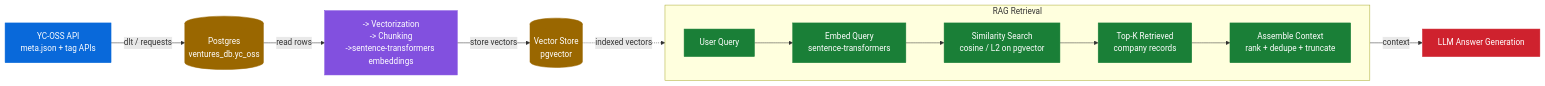
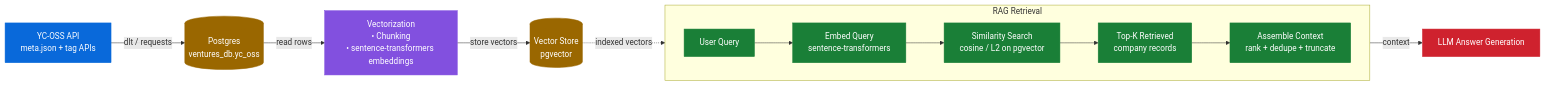
One commit to dakn2005/YC-Ventures-AI changed the diagram in Readme.md. Above: the diagram before and after it, drawn with Mermaid.

Commit message:
updating retrieval flow image

````diff
--- a/Readme.md
+++ b/Readme.md
@@ -50,30 +50,30 @@
 ```mermaid
 flowchart LR
     A["YC-OSS API<br/>meta.json + tag APIs"] -->|dlt / requests| B[("Postgres<br/>ventures_db.yc_oss")]
-    B -->|read rows| C["-> Vectorization<br/>-> Chunking<br/>->sentence-transformers embeddings"]
+    B -->|read rows| C["Vectorization<br/>• Chunking<br/>• sentence-transformers embeddings"]
     C -->|store vectors| D[("Vector Store<br/>pgvector")]
 
     subgraph RAG["RAG Retrieval"]
         direction LR
         Q["User Query"] --> QE["Embed Query<br/>sentence-transformers"]
         QE --> SIM["Similarity Search<br/>cosine / L2 on pgvector"]
         SIM --> TOPK["Top-K Retrieved<br/>company records"]
         TOPK --> CTX["Assemble Context<br/>rank + dedupe + truncate"]
     end
 
     D -.->|indexed vectors| SIM
     CTX -->|context| F["LLM Answer Generation"]
 
     classDef api fill:#0969da,color:#ffffff,stroke:#0969da,stroke-width:1px;
     classDef db fill:#9a6700,color:#ffffff,stroke:#9a6700,stroke-width:1px;
     classDef vec fill:#8250df,color:#ffffff,stroke:#8250df,stroke-width:1px;
     classDef rag fill:#1a7f37,color:#ffffff,stroke:#1a7f37,stroke-width:1px;
     classDef gen fill:#cf222e,color:#ffffff,stroke:#cf222e,stroke-width:1px;
 
     class A api;
     class B,D db;
     class C vec;
     class Q,QE,SIM,TOPK,CTX rag;
     class F gen;
 
 ```
````
